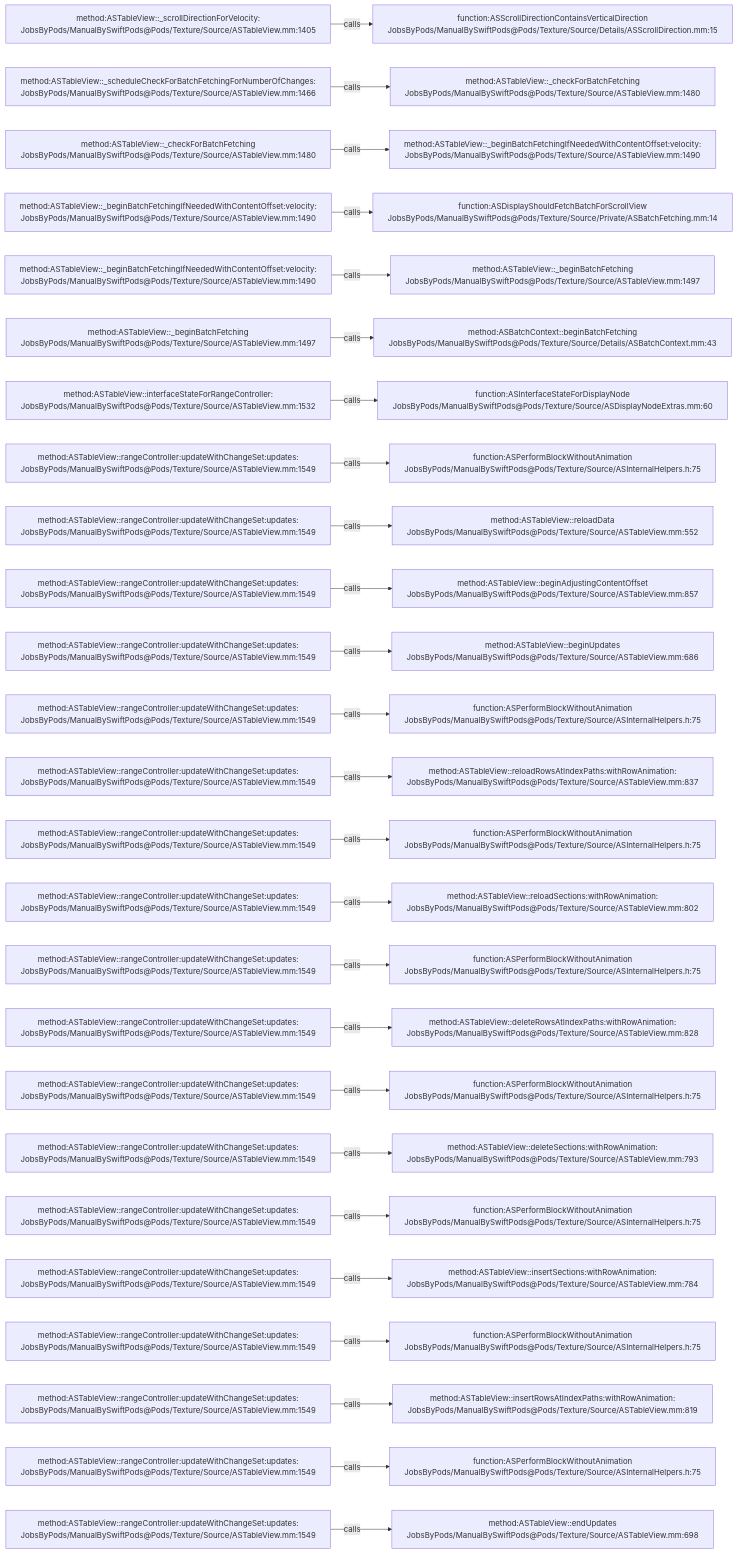
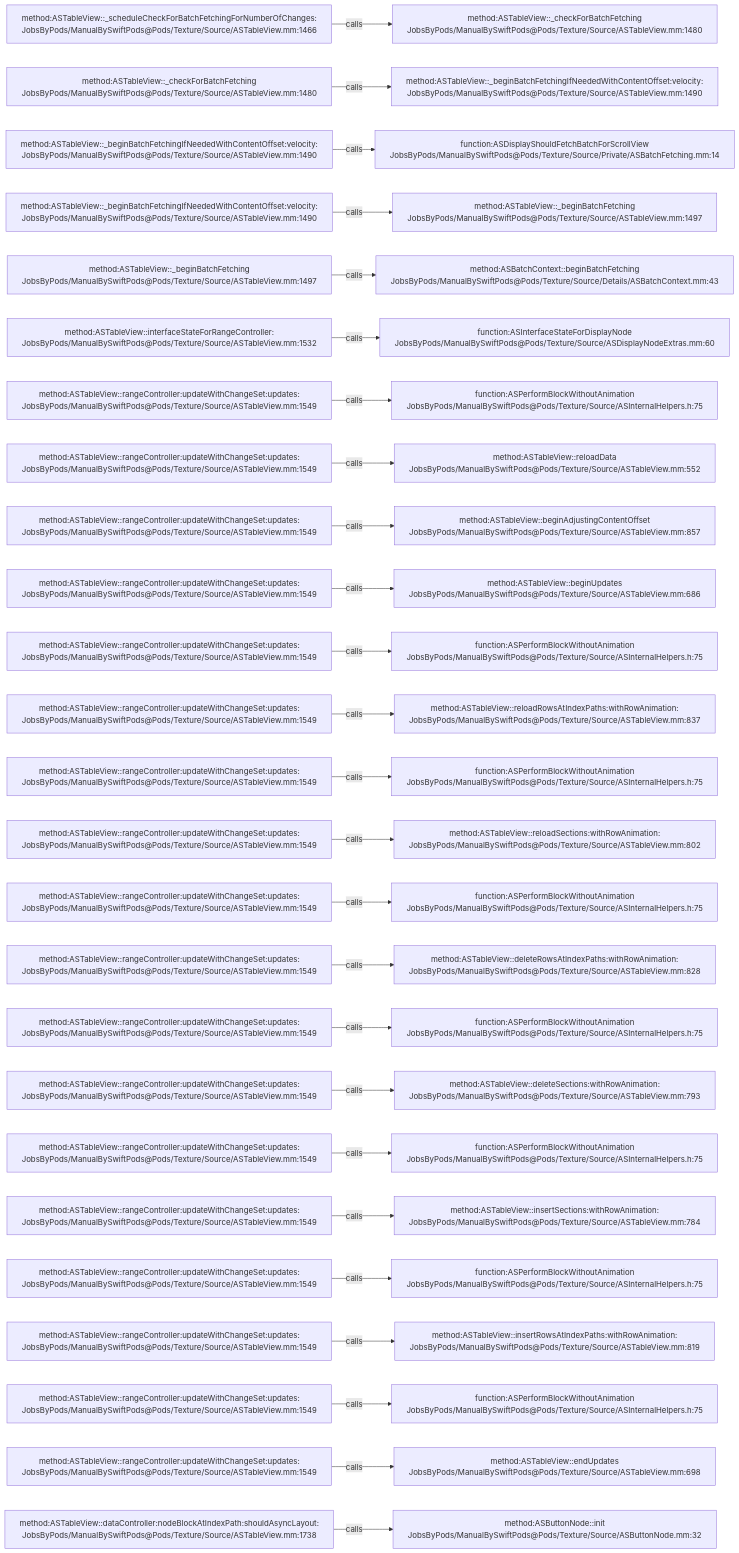
Before and after one commit to JobsKits/JobsSwiftBaseConfigDemo: the diagram in .codegraph/codegraph.md/graphs/calls-062.md, drawn with Mermaid. The commit also changed 747 other files, not shown here.

````diff
--- a/.codegraph/codegraph.md/graphs/calls-062.md
+++ b/.codegraph/codegraph.md/graphs/calls-062.md
@@ -13,78 +13,78 @@
 ```mermaid
 flowchart LR
-  S1["method:ASTableView::_scrollDirectionForVelocity:<br/>JobsByPods/ManualBySwiftPods@Pods/Texture/Source/ASTableView.mm:1405"]
-  T1["function:ASScrollDirectionContainsVerticalDirection<br/>JobsByPods/ManualBySwiftPods@Pods/Texture/Source/Details/ASScrollDirection.mm:15"]
+  S1["method:ASTableView::_scheduleCheckForBatchFetchingForNumberOfChanges:<br/>JobsByPods/ManualBySwiftPods@Pods/Texture/Source/ASTableView.mm:1466"]
+  T1["method:ASTableView::_checkForBatchFetching<br/>JobsByPods/ManualBySwiftPods@Pods/Texture/Source/ASTableView.mm:1480"]
   S1 -->|calls| T1
-  S2["method:ASTableView::_scheduleCheckForBatchFetchingForNumberOfChanges:<br/>JobsByPods/ManualBySwiftPods@Pods/Texture/Source/ASTableView.mm:1466"]
-  T2["method:ASTableView::_checkForBatchFetching<br/>JobsByPods/ManualBySwiftPods@Pods/Texture/Source/ASTableView.mm:1480"]
+  S2["method:ASTableView::_checkForBatchFetching<br/>JobsByPods/ManualBySwiftPods@Pods/Texture/Source/ASTableView.mm:1480"]
+  T2["method:ASTableView::_beginBatchFetchingIfNeededWithContentOffset:velocity:<br/>JobsByPods/ManualBySwiftPods@Pods/Texture/Source/ASTableView.mm:1490"]
   S2 -->|calls| T2
-  S3["method:ASTableView::_checkForBatchFetching<br/>JobsByPods/ManualBySwiftPods@Pods/Texture/Source/ASTableView.mm:1480"]
-  T3["method:ASTableView::_beginBatchFetchingIfNeededWithContentOffset:velocity:<br/>JobsByPods/ManualBySwiftPods@Pods/Texture/Source/ASTableView.mm:1490"]
+  S3["method:ASTableView::_beginBatchFetchingIfNeededWithContentOffset:velocity:<br/>JobsByPods/ManualBySwiftPods@Pods/Texture/Source/ASTableView.mm:1490"]
+  T3["function:ASDisplayShouldFetchBatchForScrollView<br/>JobsByPods/ManualBySwiftPods@Pods/Texture/Source/Private/ASBatchFetching.mm:14"]
   S3 -->|calls| T3
   S4["method:ASTableView::_beginBatchFetchingIfNeededWithContentOffset:velocity:<br/>JobsByPods/ManualBySwiftPods@Pods/Texture/Source/ASTableView.mm:1490"]
-  T4["function:ASDisplayShouldFetchBatchForScrollView<br/>JobsByPods/ManualBySwiftPods@Pods/Texture/Source/Private/ASBatchFetching.mm:14"]
+  T4["method:ASTableView::_beginBatchFetching<br/>JobsByPods/ManualBySwiftPods@Pods/Texture/Source/ASTableView.mm:1497"]
   S4 -->|calls| T4
-  S5["method:ASTableView::_beginBatchFetchingIfNeededWithContentOffset:velocity:<br/>JobsByPods/ManualBySwiftPods@Pods/Texture/Source/ASTableView.mm:1490"]
-  T5["method:ASTableView::_beginBatchFetching<br/>JobsByPods/ManualBySwiftPods@Pods/Texture/Source/ASTableView.mm:1497"]
+  S5["method:ASTableView::_beginBatchFetching<br/>JobsByPods/ManualBySwiftPods@Pods/Texture/Source/ASTableView.mm:1497"]
+  T5["method:ASBatchContext::beginBatchFetching<br/>JobsByPods/ManualBySwiftPods@Pods/Texture/Source/Details/ASBatchContext.mm:43"]
   S5 -->|calls| T5
-  S6["method:ASTableView::_beginBatchFetching<br/>JobsByPods/ManualBySwiftPods@Pods/Texture/Source/ASTableView.mm:1497"]
-  T6["method:ASBatchContext::beginBatchFetching<br/>JobsByPods/ManualBySwiftPods@Pods/Texture/Source/Details/ASBatchContext.mm:43"]
+  S6["method:ASTableView::interfaceStateForRangeController:<br/>JobsByPods/ManualBySwiftPods@Pods/Texture/Source/ASTableView.mm:1532"]
+  T6["function:ASInterfaceStateForDisplayNode<br/>JobsByPods/ManualBySwiftPods@Pods/Texture/Source/ASDisplayNodeExtras.mm:60"]
   S6 -->|calls| T6
-  S7["method:ASTableView::interfaceStateForRangeController:<br/>JobsByPods/ManualBySwiftPods@Pods/Texture/Source/ASTableView.mm:1532"]
-  T7["function:ASInterfaceStateForDisplayNode<br/>JobsByPods/ManualBySwiftPods@Pods/Texture/Source/ASDisplayNodeExtras.mm:60"]
+  S7["method:ASTableView::rangeController:updateWithChangeSet:updates:<br/>JobsByPods/ManualBySwiftPods@Pods/Texture/Source/ASTableView.mm:1549"]
+  T7["function:ASPerformBlockWithoutAnimation<br/>JobsByPods/ManualBySwiftPods@Pods/Texture/Source/ASInternalHelpers.h:75"]
   S7 -->|calls| T7
   S8["method:ASTableView::rangeController:updateWithChangeSet:updates:<br/>JobsByPods/ManualBySwiftPods@Pods/Texture/Source/ASTableView.mm:1549"]
-  T8["function:ASPerformBlockWithoutAnimation<br/>JobsByPods/ManualBySwiftPods@Pods/Texture/Source/ASInternalHelpers.h:75"]
+  T8["method:ASTableView::reloadData<br/>JobsByPods/ManualBySwiftPods@Pods/Texture/Source/ASTableView.mm:552"]
   S8 -->|calls| T8
   S9["method:ASTableView::rangeController:updateWithChangeSet:updates:<br/>JobsByPods/ManualBySwiftPods@Pods/Texture/Source/ASTableView.mm:1549"]
-  T9["method:ASTableView::reloadData<br/>JobsByPods/ManualBySwiftPods@Pods/Texture/Source/ASTableView.mm:552"]
+  T9["method:ASTableView::beginAdjustingContentOffset<br/>JobsByPods/ManualBySwiftPods@Pods/Texture/Source/ASTableView.mm:857"]
   S9 -->|calls| T9
   S10["method:ASTableView::rangeController:updateWithChangeSet:updates:<br/>JobsByPods/ManualBySwiftPods@Pods/Texture/Source/ASTableView.mm:1549"]
-  T10["method:ASTableView::beginAdjustingContentOffset<br/>JobsByPods/ManualBySwiftPods@Pods/Texture/Source/ASTableView.mm:857"]
+  T10["method:ASTableView::beginUpdates<br/>JobsByPods/ManualBySwiftPods@Pods/Texture/Source/ASTableView.mm:686"]
   S10 -->|calls| T10
   S11["method:ASTableView::rangeController:updateWithChangeSet:updates:<br/>JobsByPods/ManualBySwiftPods@Pods/Texture/Source/ASTableView.mm:1549"]
-  T11["method:ASTableView::beginUpdates<br/>JobsByPods/ManualBySwiftPods@Pods/Texture/Source/ASTableView.mm:686"]
+  T11["function:ASPerformBlockWithoutAnimation<br/>JobsByPods/ManualBySwiftPods@Pods/Texture/Source/ASInternalHelpers.h:75"]
   S11 -->|calls| T11
   S12["method:ASTableView::rangeController:updateWithChangeSet:updates:<br/>JobsByPods/ManualBySwiftPods@Pods/Texture/Source/ASTableView.mm:1549"]
-  T12["function:ASPerformBlockWithoutAnimation<br/>JobsByPods/ManualBySwiftPods@Pods/Texture/Source/ASInternalHelpers.h:75"]
+  T12["method:ASTableView::reloadRowsAtIndexPaths:withRowAnimation:<br/>JobsByPods/ManualBySwiftPods@Pods/Texture/Source/ASTableView.mm:837"]
   S12 -->|calls| T12
   S13["method:ASTableView::rangeController:updateWithChangeSet:updates:<br/>JobsByPods/ManualBySwiftPods@Pods/Texture/Source/ASTableView.mm:1549"]
-  T13["method:ASTableView::reloadRowsAtIndexPaths:withRowAnimation:<br/>JobsByPods/ManualBySwiftPods@Pods/Texture/Source/ASTableView.mm:837"]
+  T13["function:ASPerformBlockWithoutAnimation<br/>JobsByPods/ManualBySwiftPods@Pods/Texture/Source/ASInternalHelpers.h:75"]
   S13 -->|calls| T13
   S14["method:ASTableView::rangeController:updateWithChangeSet:updates:<br/>JobsByPods/ManualBySwiftPods@Pods/Texture/Source/ASTableView.mm:1549"]
-  T14["function:ASPerformBlockWithoutAnimation<br/>JobsByPods/ManualBySwiftPods@Pods/Texture/Source/ASInternalHelpers.h:75"]
+  T14["method:ASTableView::reloadSections:withRowAnimation:<br/>JobsByPods/ManualBySwiftPods@Pods/Texture/Source/ASTableView.mm:802"]
   S14 -->|calls| T14
   S15["method:ASTableView::rangeController:updateWithChangeSet:updates:<br/>JobsByPods/ManualBySwiftPods@Pods/Texture/Source/ASTableView.mm:1549"]
-  T15["method:ASTableView::reloadSections:withRowAnimation:<br/>JobsByPods/ManualBySwiftPods@Pods/Texture/Source/ASTableView.mm:802"]
+  T15["function:ASPerformBlockWithoutAnimation<br/>JobsByPods/ManualBySwiftPods@Pods/Texture/Source/ASInternalHelpers.h:75"]
   S15 -->|calls| T15
   S16["method:ASTableView::rangeController:updateWithChangeSet:updates:<br/>JobsByPods/ManualBySwiftPods@Pods/Texture/Source/ASTableView.mm:1549"]
-  T16["function:ASPerformBlockWithoutAnimation<br/>JobsByPods/ManualBySwiftPods@Pods/Texture/Source/ASInternalHelpers.h:75"]
+  T16["method:ASTableView::deleteRowsAtIndexPaths:withRowAnimation:<br/>JobsByPods/ManualBySwiftPods@Pods/Texture/Source/ASTableView.mm:828"]
   S16 -->|calls| T16
   S17["method:ASTableView::rangeController:updateWithChangeSet:updates:<br/>JobsByPods/ManualBySwiftPods@Pods/Texture/Source/ASTableView.mm:1549"]
-  T17["method:ASTableView::deleteRowsAtIndexPaths:withRowAnimation:<br/>JobsByPods/ManualBySwiftPods@Pods/Texture/Source/ASTableView.mm:828"]
+  T17["function:ASPerformBlockWithoutAnimation<br/>JobsByPods/ManualBySwiftPods@Pods/Texture/Source/ASInternalHelpers.h:75"]
   S17 -->|calls| T17
   S18["method:ASTableView::rangeController:updateWithChangeSet:updates:<br/>JobsByPods/ManualBySwiftPods@Pods/Texture/Source/ASTableView.mm:1549"]
-  T18["function:ASPerformBlockWithoutAnimation<br/>JobsByPods/ManualBySwiftPods@Pods/Texture/Source/ASInternalHelpers.h:75"]
+  T18["method:ASTableView::deleteSections:withRowAnimation:<br/>JobsByPods/ManualBySwiftPods@Pods/Texture/Source/ASTableView.mm:793"]
   S18 -->|calls| T18
   S19["method:ASTableView::rangeController:updateWithChangeSet:updates:<br/>JobsByPods/ManualBySwiftPods@Pods/Texture/Source/ASTableView.mm:1549"]
-  T19["method:ASTableView::deleteSections:withRowAnimation:<br/>JobsByPods/ManualBySwiftPods@Pods/Texture/Source/ASTableView.mm:793"]
+  T19["function:ASPerformBlockWithoutAnimation<br/>JobsByPods/ManualBySwiftPods@Pods/Texture/Source/ASInternalHelpers.h:75"]
   S19 -->|calls| T19
   S20["method:ASTableView::rangeController:updateWithChangeSet:updates:<br/>JobsByPods/ManualBySwiftPods@Pods/Texture/Source/ASTableView.mm:1549"]
-  T20["function:ASPerformBlockWithoutAnimation<br/>JobsByPods/ManualBySwiftPods@Pods/Texture/Source/ASInternalHelpers.h:75"]
+  T20["method:ASTableView::insertSections:withRowAnimation:<br/>JobsByPods/ManualBySwiftPods@Pods/Texture/Source/ASTableView.mm:784"]
   S20 -->|calls| T20
   S21["method:ASTableView::rangeController:updateWithChangeSet:updates:<br/>JobsByPods/ManualBySwiftPods@Pods/Texture/Source/ASTableView.mm:1549"]
-  T21["method:ASTableView::insertSections:withRowAnimation:<br/>JobsByPods/ManualBySwiftPods@Pods/Texture/Source/ASTableView.mm:784"]
+  T21["function:ASPerformBlockWithoutAnimation<br/>JobsByPods/ManualBySwiftPods@Pods/Texture/Source/ASInternalHelpers.h:75"]
   S21 -->|calls| T21
   S22["method:ASTableView::rangeController:updateWithChangeSet:updates:<br/>JobsByPods/ManualBySwiftPods@Pods/Texture/Source/ASTableView.mm:1549"]
-  T22["function:ASPerformBlockWithoutAnimation<br/>JobsByPods/ManualBySwiftPods@Pods/Texture/Source/ASInternalHelpers.h:75"]
+  T22["method:ASTableView::insertRowsAtIndexPaths:withRowAnimation:<br/>JobsByPods/ManualBySwiftPods@Pods/Texture/Source/ASTableView.mm:819"]
   S22 -->|calls| T22
   S23["method:ASTableView::rangeController:updateWithChangeSet:updates:<br/>JobsByPods/ManualBySwiftPods@Pods/Texture/Source/ASTableView.mm:1549"]
-  T23["method:ASTableView::insertRowsAtIndexPaths:withRowAnimation:<br/>JobsByPods/ManualBySwiftPods@Pods/Texture/Source/ASTableView.mm:819"]
+  T23["function:ASPerformBlockWithoutAnimation<br/>JobsByPods/ManualBySwiftPods@Pods/Texture/Source/ASInternalHelpers.h:75"]
   S23 -->|calls| T23
   S24["method:ASTableView::rangeController:updateWithChangeSet:updates:<br/>JobsByPods/ManualBySwiftPods@Pods/Texture/Source/ASTableView.mm:1549"]
-  T24["function:ASPerformBlockWithoutAnimation<br/>JobsByPods/ManualBySwiftPods@Pods/Texture/Source/ASInternalHelpers.h:75"]
+  T24["method:ASTableView::endUpdates<br/>JobsByPods/ManualBySwiftPods@Pods/Texture/Source/ASTableView.mm:698"]
   S24 -->|calls| T24
-  S25["method:ASTableView::rangeController:updateWithChangeSet:updates:<br/>JobsByPods/ManualBySwiftPods@Pods/Texture/Source/ASTableView.mm:1549"]
-  T25["method:ASTableView::endUpdates<br/>JobsByPods/ManualBySwiftPods@Pods/Texture/Source/ASTableView.mm:698"]
+  S25["method:ASTableView::dataController:nodeBlockAtIndexPath:shouldAsyncLayout:<br/>JobsByPods/ManualBySwiftPods@Pods/Texture/Source/ASTableView.mm:1738"]
+  T25["method:ASButtonNode::init<br/>JobsByPods/ManualBySwiftPods@Pods/Texture/Source/ASButtonNode.mm:32"]
   S25 -->|calls| T25
 ```
````
